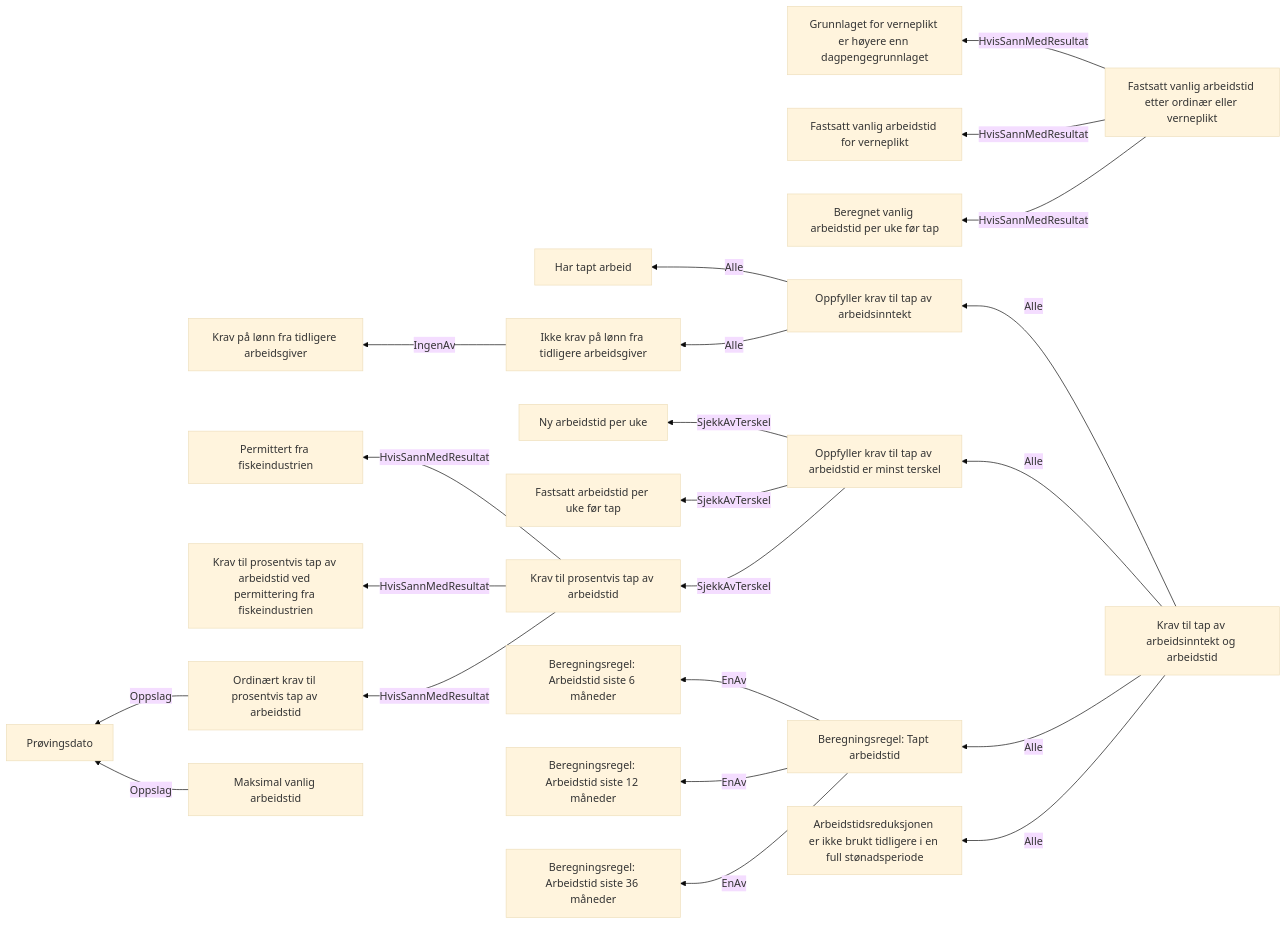
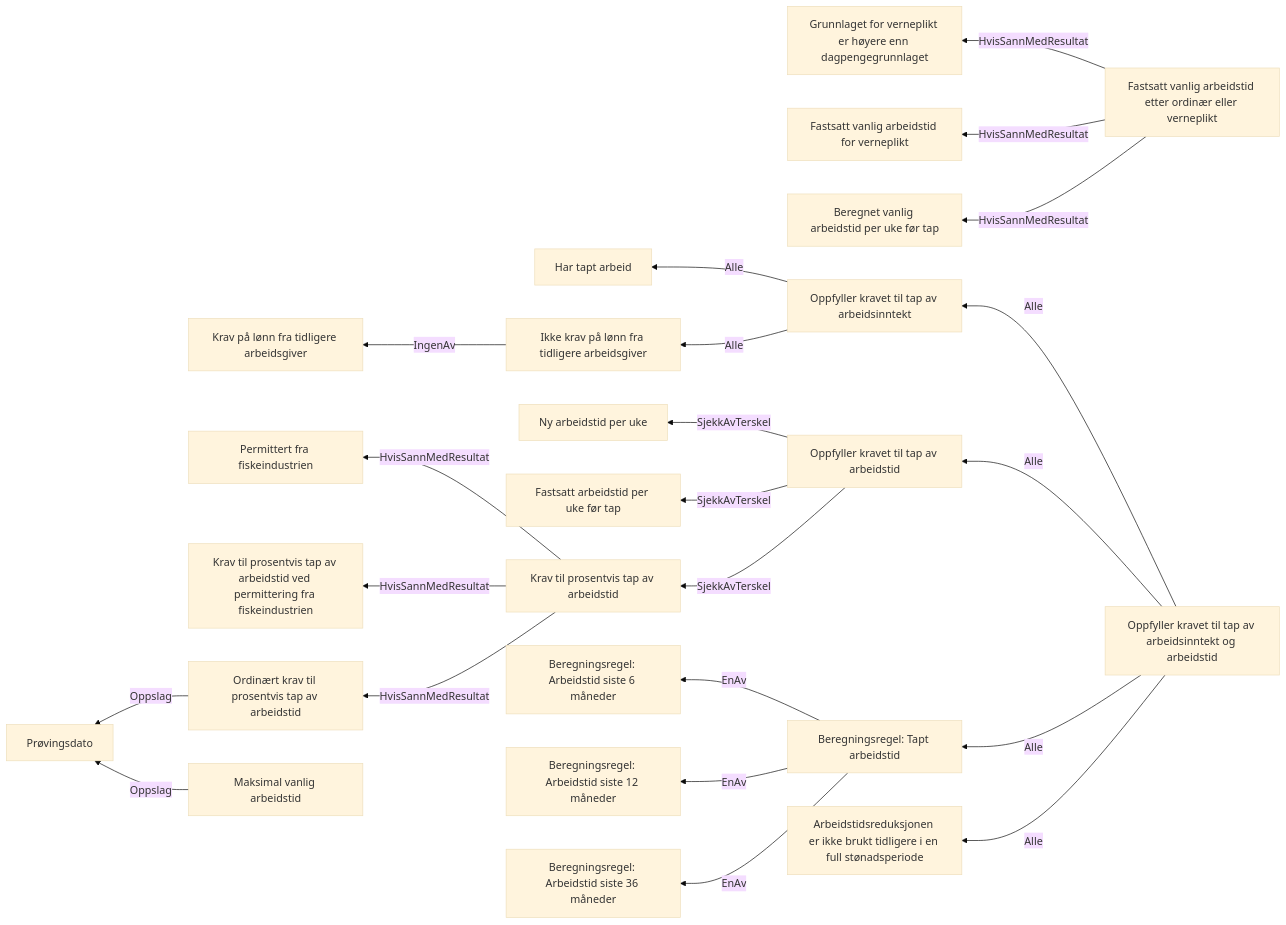
The diagram in docs/regler/§ 4-3. Tap av arbeidsinntekt og arbeidstid.approved.md (navikt/dp-behandling), drawn with Mermaid (base theme) before and after one commit. The commit also changed 8 other files, not shown here.

Commit message:
Samkjør formulering på Oppfyller kravet i tap av arbeidsinntekt

````diff
--- a/docs/regler/§ 4-3. Tap av arbeidsinntekt og arbeidstid.approved.md
+++ b/docs/regler/§ 4-3. Tap av arbeidsinntekt og arbeidstid.approved.md
@@ -5,24 +5,24 @@
 ```mermaid
 graph RL
   A["Ikke krav på lønn fra tidligere arbeidsgiver"] -->|"IngenAv"| B["Krav på lønn fra tidligere arbeidsgiver"]
-  C["Oppfyller krav til tap av arbeidsinntekt"] -->|"Alle"| D["Har tapt arbeid"]
-  C["Oppfyller krav til tap av arbeidsinntekt"] -->|"Alle"| A["Ikke krav på lønn fra tidligere arbeidsgiver"]
+  C["Oppfyller kravet til tap av arbeidsinntekt"] -->|"Alle"| D["Har tapt arbeid"]
+  C["Oppfyller kravet til tap av arbeidsinntekt"] -->|"Alle"| A["Ikke krav på lønn fra tidligere arbeidsgiver"]
   E["Ordinært krav til prosentvis tap av arbeidstid"] -->|"Oppslag"| F["Prøvingsdato"]
   G["Krav til prosentvis tap av arbeidstid"] -->|"HvisSannMedResultat"| H["Permittert fra fiskeindustrien"]
   G["Krav til prosentvis tap av arbeidstid"] -->|"HvisSannMedResultat"| I["Krav til prosentvis tap av arbeidstid ved permittering fra fiskeindustrien"]
   G["Krav til prosentvis tap av arbeidstid"] -->|"HvisSannMedResultat"| E["Ordinært krav til prosentvis tap av arbeidstid"]
   J["Fastsatt vanlig arbeidstid etter ordinær eller verneplikt"] -->|"HvisSannMedResultat"| K["Grunnlaget for verneplikt er høyere enn dagpengegrunnlaget"]
   J["Fastsatt vanlig arbeidstid etter ordinær eller verneplikt"] -->|"HvisSannMedResultat"| L["Fastsatt vanlig arbeidstid for verneplikt"]
   J["Fastsatt vanlig arbeidstid etter ordinær eller verneplikt"] -->|"HvisSannMedResultat"| M["Beregnet vanlig arbeidstid per uke før tap"]
   N["Maksimal vanlig arbeidstid"] -->|"Oppslag"| F["Prøvingsdato"]
-  O["Oppfyller krav til tap av arbeidstid er minst terskel"] -->|"SjekkAvTerskel"| P["Ny arbeidstid per uke"]
-  O["Oppfyller krav til tap av arbeidstid er minst terskel"] -->|"SjekkAvTerskel"| Q["Fastsatt arbeidstid per uke før tap"]
-  O["Oppfyller krav til tap av arbeidstid er minst terskel"] -->|"SjekkAvTerskel"| G["Krav til prosentvis tap av arbeidstid"]
+  O["Oppfyller kravet til tap av arbeidstid"] -->|"SjekkAvTerskel"| P["Ny arbeidstid per uke"]
+  O["Oppfyller kravet til tap av arbeidstid"] -->|"SjekkAvTerskel"| Q["Fastsatt arbeidstid per uke før tap"]
+  O["Oppfyller kravet til tap av arbeidstid"] -->|"SjekkAvTerskel"| G["Krav til prosentvis tap av arbeidstid"]
   R["Beregningsregel: Tapt arbeidstid"] -->|"EnAv"| S["Beregningsregel: Arbeidstid siste 6 måneder"]
   R["Beregningsregel: Tapt arbeidstid"] -->|"EnAv"| T["Beregningsregel: Arbeidstid siste 12 måneder"]
   R["Beregningsregel: Tapt arbeidstid"] -->|"EnAv"| U["Beregningsregel: Arbeidstid siste 36 måneder"]
-  V["Krav til tap av arbeidsinntekt og arbeidstid"] -->|"Alle"| C["Oppfyller krav til tap av arbeidsinntekt"]
-  V["Krav til tap av arbeidsinntekt og arbeidstid"] -->|"Alle"| O["Oppfyller krav til tap av arbeidstid er minst terskel"]
-  V["Krav til tap av arbeidsinntekt og arbeidstid"] -->|"Alle"| R["Beregningsregel: Tapt arbeidstid"]
-  V["Krav til tap av arbeidsinntekt og arbeidstid"] -->|"Alle"| W["Arbeidstidsreduksjonen er ikke brukt tidligere i en full stønadsperiode"]
+  V["Oppfyller kravet til tap av arbeidsinntekt og arbeidstid"] -->|"Alle"| C["Oppfyller kravet til tap av arbeidsinntekt"]
+  V["Oppfyller kravet til tap av arbeidsinntekt og arbeidstid"] -->|"Alle"| O["Oppfyller kravet til tap av arbeidstid"]
+  V["Oppfyller kravet til tap av arbeidsinntekt og arbeidstid"] -->|"Alle"| R["Beregningsregel: Tapt arbeidstid"]
+  V["Oppfyller kravet til tap av arbeidsinntekt og arbeidstid"] -->|"Alle"| W["Arbeidstidsreduksjonen er ikke brukt tidligere i en full stønadsperiode"]
 ```
````
